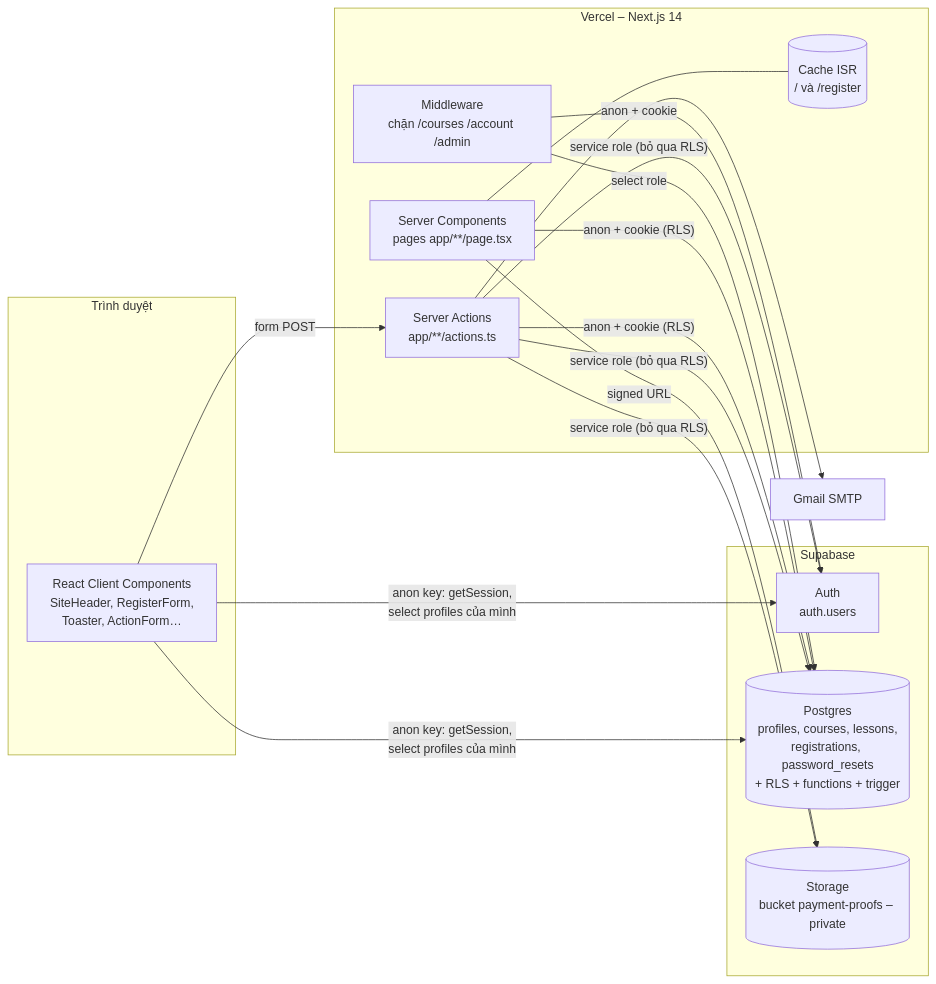
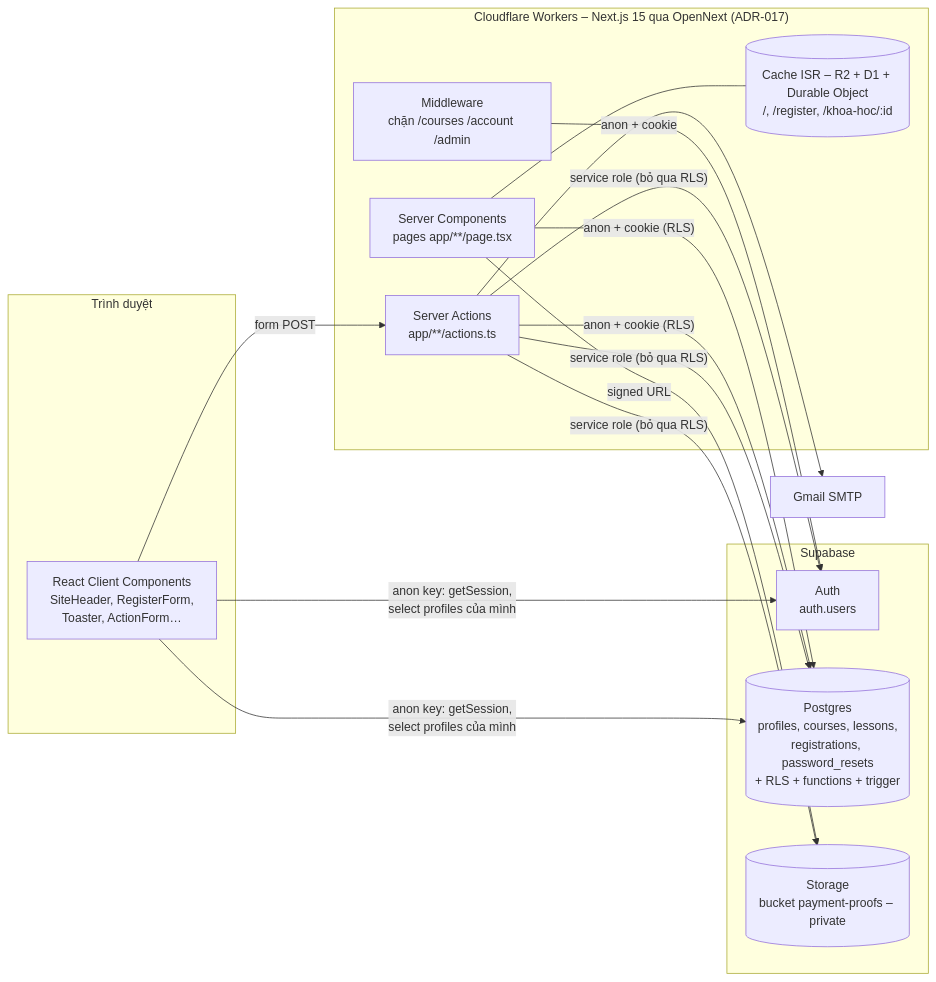
One commit to dgquan1001/course-platform changed the second of 6 diagrams in web design structure/03-architecture/system-architecture.md. Above: the diagram before and after it, drawn with Mermaid. The commit also changed other lines of this file and 69 other files, not shown here.

First line of the commit message:
feat: Đợt 17 P0–P2 – Next 15, chạy trên Cloudflare Workers (OpenNext), E2E Node 99/99, Workers 100/100

````diff
--- a/web design structure/03-architecture/system-architecture.md
+++ b/web design structure/03-architecture/system-architecture.md
@@ -44,32 +44,31 @@
 ```mermaid
 flowchart LR
   subgraph Browser[Trình duyệt]
     RC[React Client Components<br/>SiteHeader, RegisterForm,<br/>Toaster, ActionForm…]
   end
 
-  subgraph Vercel[Vercel – Next.js 14]
+  subgraph Vercel["Cloudflare Workers – Next.js 15 qua OpenNext (ADR-017)"]
     MW[Middleware<br/>chặn /courses /account /admin]
     SC[Server Components<br/>pages app/**/page.tsx]
     SA[Server Actions<br/>app/**/actions.ts]
-    ISR[(Cache ISR<br/>/ và /register)]
+    ISR[(Cache ISR – R2 + D1 + Durable Object<br/>/, /register, /khoa-hoc/:id)]
   end
 
   subgraph Supabase
     AUTH[Auth<br/>auth.users]
     PG[(Postgres<br/>profiles, courses, lessons,<br/>registrations, password_resets<br/>+ RLS + functions + trigger)]
     STO[(Storage<br/>bucket payment-proofs – private)]
   end
 
   SMTP[Gmail SMTP]
 
   RC -- form POST --> SA
   RC -- anon key: getSession,<br/>select profiles của mình --> AUTH & PG
   MW -- anon + cookie --> AUTH
-  MW -- select role --> PG
   SC -- anon + cookie (RLS) --> PG
   SC -- signed URL --> STO
   SC --- ISR
   SA -- anon + cookie (RLS) --> PG
   SA -- service role (bỏ qua RLS) --> AUTH & PG & STO
   SA --> SMTP
 ```
````
